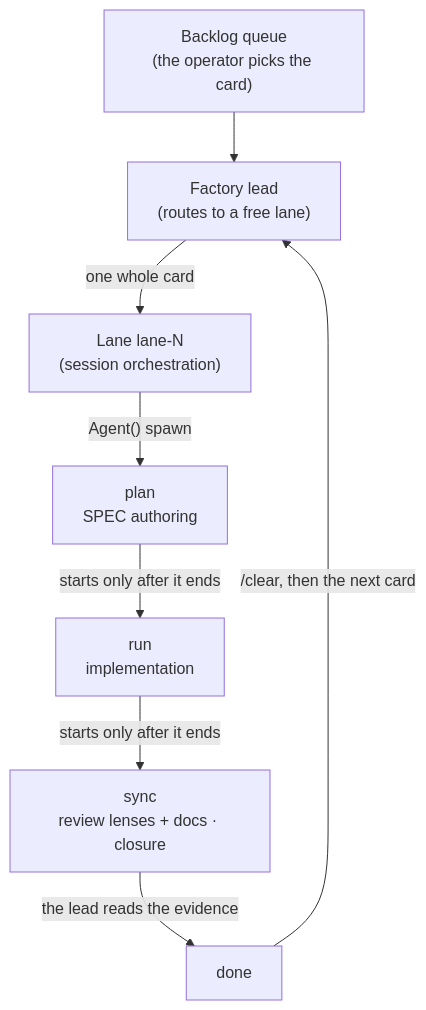
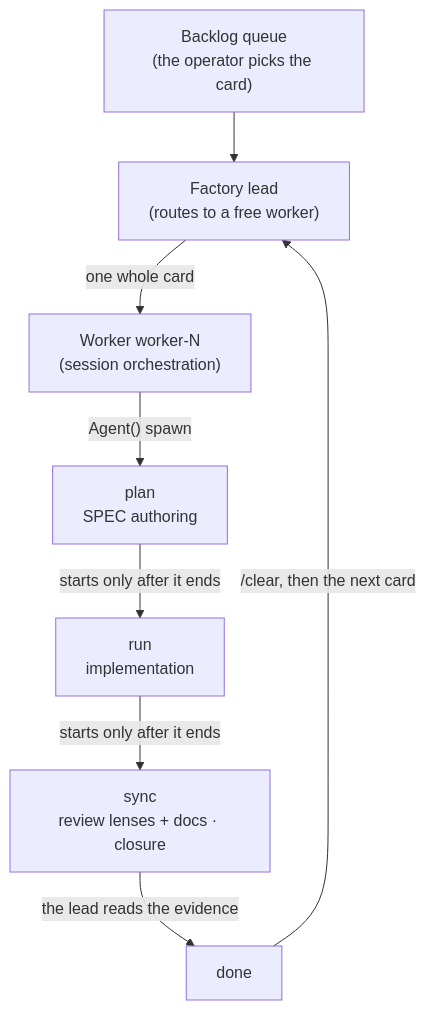
The diagram in docs-site/content/en/advanced/factory-mode.md (modu-ai/moai-adk), drawn with Mermaid before and after one commit. The commit also changed other lines of this file and 23 other files, not shown here.

````diff
--- a/docs-site/content/en/advanced/factory-mode.md
+++ b/docs-site/content/en/advanced/factory-mode.md
@@ -63,10 +70,10 @@
 ```mermaid
 flowchart TD
-    Queue["Backlog queue<br/>(the operator picks the card)"] --> Lead["Factory lead<br/>(routes to a free lane)"]
-    Lead -->|"one whole card"| Lane["Lane lane-N<br/>(session orchestration)"]
-    Lane -->|"Agent() spawn"| Plan["plan<br/>SPEC authoring"]
+    Queue["Backlog queue<br/>(the operator picks the card)"] --> Lead["Factory lead<br/>(routes to a free worker)"]
+    Lead -->|"one whole card"| Worker["Worker worker-N<br/>(session orchestration)"]
+    Worker -->|"Agent() spawn"| Plan["plan<br/>SPEC authoring"]
     Plan -->|"starts only after it ends"| Run["run<br/>implementation"]
     Run -->|"starts only after it ends"| Sync["sync<br/>review lenses + docs · closure"]
     Sync -->|"the lead reads the evidence"| Done["done"]
     Done -->|"/clear, then the next card"| Lead
 ```
````
